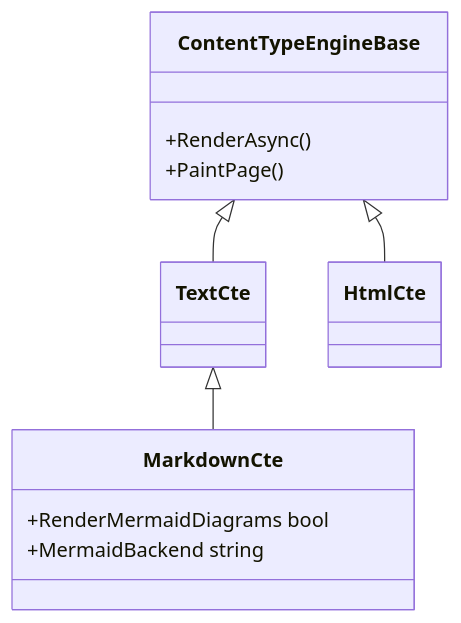
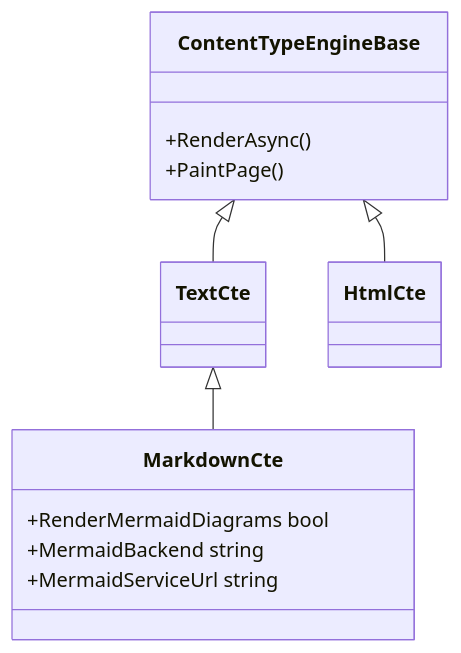
One commit to tig/winprint changed the fourth of 26 diagrams in testfiles/mermaid.md. Above: the diagram before and after it, drawn with Mermaid. The commit also changed other lines of this file and 8 other files, not shown here.

First line of the commit message:
chore(mermaid): switch default backend back to service (mermaid.ink)

````diff
--- a/testfiles/mermaid.md
+++ b/testfiles/mermaid.md
@@ -66,10 +89,11 @@
 ```mermaid
 classDiagram
     ContentTypeEngineBase <|-- TextCte
     TextCte <|-- MarkdownCte
     ContentTypeEngineBase <|-- HtmlCte
     ContentTypeEngineBase : +RenderAsync()
     ContentTypeEngineBase : +PaintPage()
     MarkdownCte : +RenderMermaidDiagrams bool
     MarkdownCte : +MermaidBackend string
+    MarkdownCte : +MermaidServiceUrl string
 ```
````
